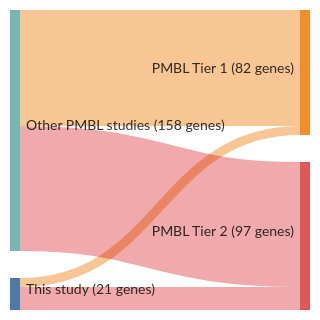
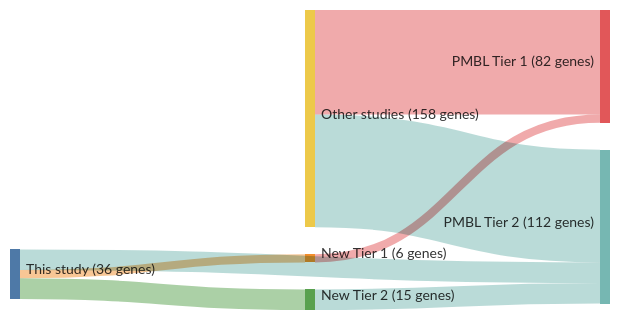
Before and after one commit to morinlab/lymphopedia: the diagram in papers/mottokIntegrativeGenomicAnalysis2019b.md, drawn with Mermaid. The commit also changed 82 other files, not shown here.

````diff
--- a/papers/mottokIntegrativeGenomicAnalysis2019b.md
+++ b/papers/mottokIntegrativeGenomicAnalysis2019b.md
@@ -12,18 +12,21 @@
 ```mermaid
 ---
 config:
     sankey:
         showValues: true
         linkColor: target
-        width: 300
+        width: 600
         height: 300
         nodeAlignment: right
         prefix: '('
         suffix: ' genes)'
 ---
 sankey-beta
-This study, PMBL Tier 1, 6
+This study, New Tier 1, 6
+New Tier 1, PMBL Tier 1, 6
 This study, PMBL Tier 2, 15
-Other PMBL studies, PMBL Tier 1, 76
-Other PMBL studies, PMBL Tier 2, 82
+This study, New Tier 2, 15
+New Tier 2, PMBL Tier 2, 15
+Other studies, PMBL Tier 1, 76
+Other studies, PMBL Tier 2, 82
 ```
````
